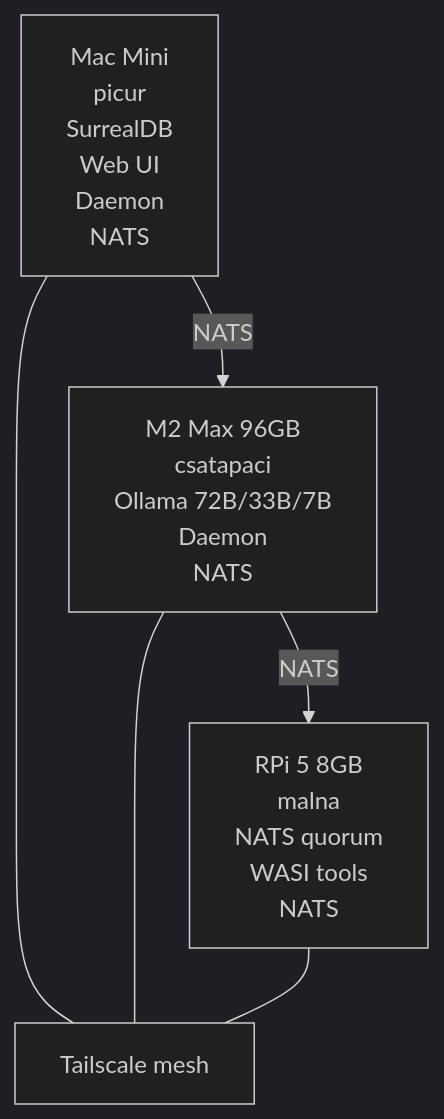
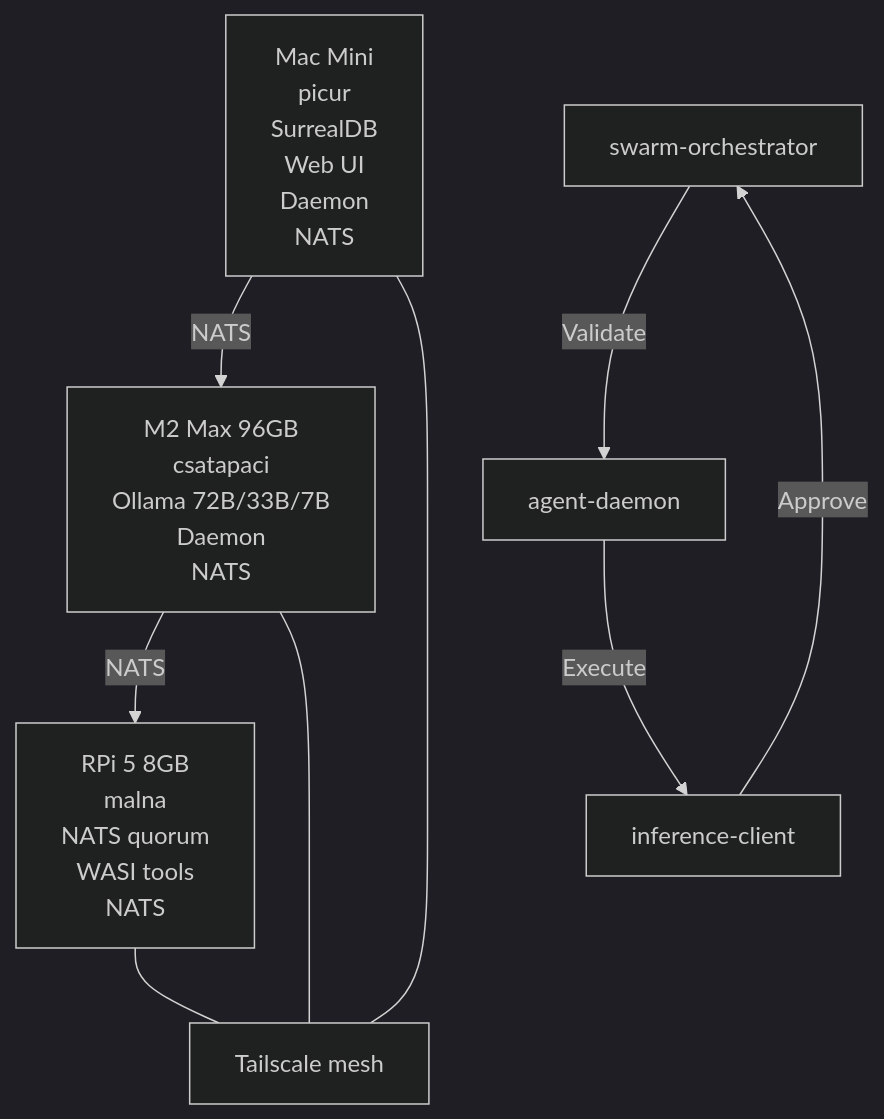
The diagram in README.md (alpha-swarm/alpha-swarm2), drawn with Mermaid (dark theme) before and after one commit. The commit also changed other lines of this file, not shown here.

Commit message:
swarm: Bring the README.md up to date: the inference layer is MLX o [agent_run:rvpdiilxc7sdrj22qrxe] (#73)

````diff
--- a/README.md
+++ b/README.md
@@ -7,8 +9,11 @@
 ```mermaid
 graph TD;
   picur[Mac Mini\npicur\nSurrealDB\nWeb UI\nDaemon\nNATS] -- NATS --> csatapaci[M2 Max 96GB\ncsatapaci\nOllama 72B/33B/7B\nDaemon\nNATS];
   csatapaci -- NATS --> malna[RPi 5 8GB\nmalna\nNATS quorum\nWASI tools\nNATS];
   picur --- Tailscale_mesh[Tailscale mesh];
   csatapaci --- Tailscale_mesh;
   malna --- Tailscale_mesh;
+  swarm[swarm-orchestrator] -- Validate --> agent[agent-daemon];
+  agent -- Execute --> inference[inference-client];
+  inference -- Approve --> swarm;
 ```
````
